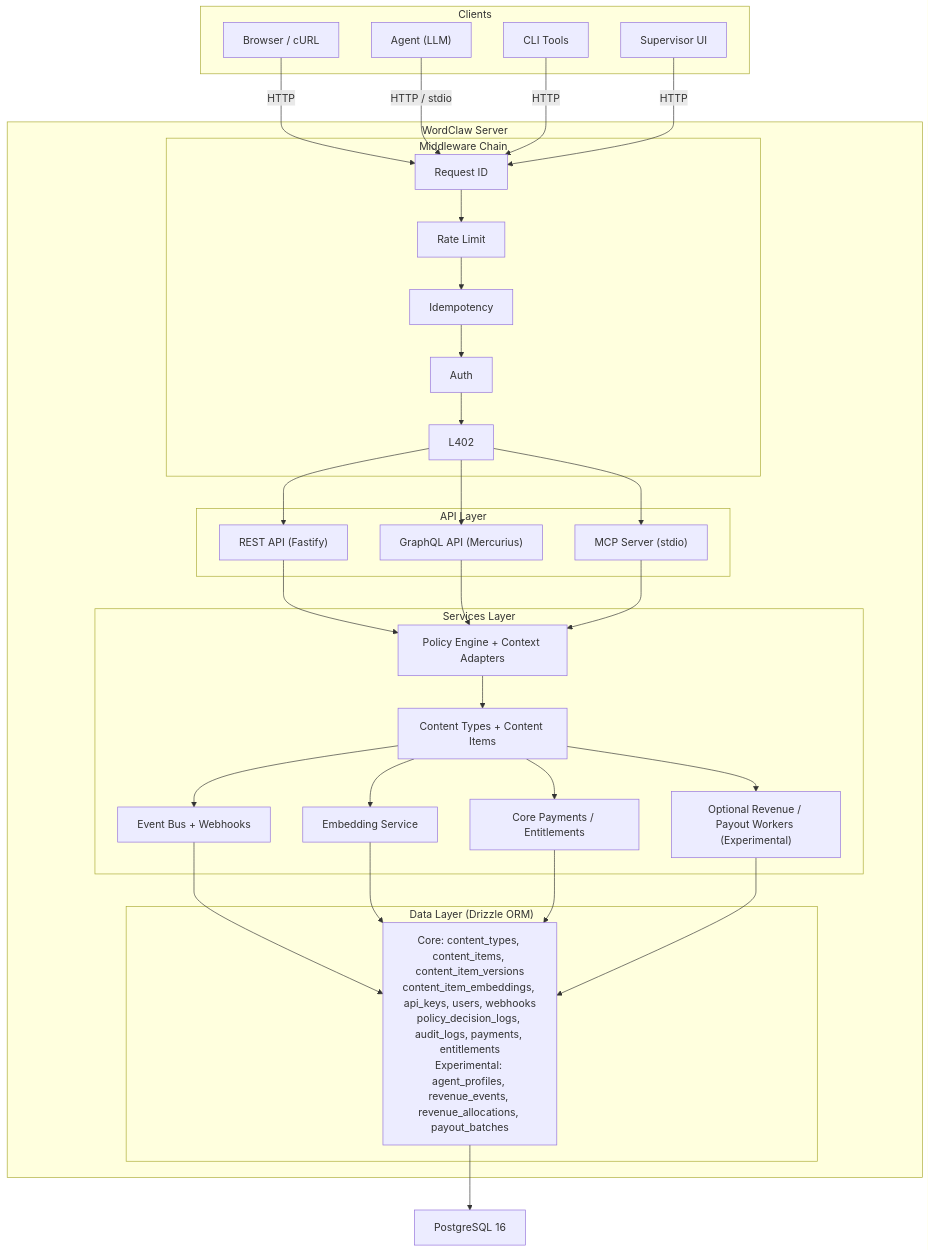
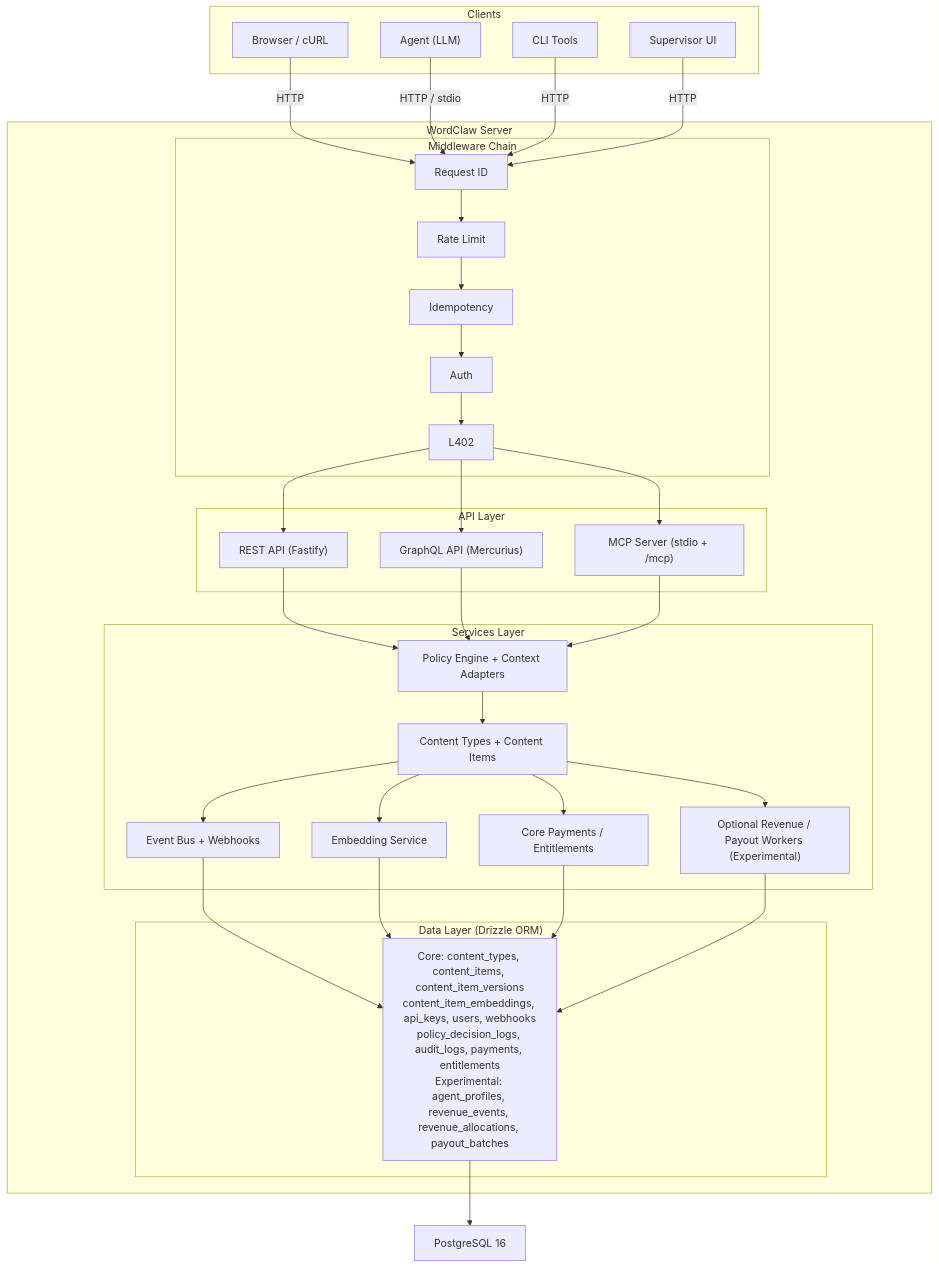
Before and after one commit to dligthart/wordclaw: the first of 3 diagrams in doc/reference/architecture.md, drawn with Mermaid. The commit also changed other lines of this file and 11 other files, not shown here.

````diff
--- a/doc/reference/architecture.md
+++ b/doc/reference/architecture.md
@@ -7,56 +7,56 @@
 ```mermaid
 flowchart TB
   subgraph Clients
     Browser["Browser / cURL"]
     Agent["Agent (LLM)"]
     CLI["CLI Tools"]
     Supervisor["Supervisor UI"]
   end
 
   subgraph WordClaw["WordClaw Server"]
     subgraph Middleware["Middleware Chain"]
       RequestId["Request ID"] --> RateLimit["Rate Limit"] --> Idempotency["Idempotency"] --> Auth["Auth"] --> L402["L402"]
     end
 
     subgraph APIs["API Layer"]
       REST["REST API (Fastify)"]
       GraphQL["GraphQL API (Mercurius)"]
-      MCP["MCP Server (stdio)"]
+      MCP["MCP Server (stdio + /mcp)"]
     end
 
     subgraph Services["Services Layer"]
       Policy["Policy Engine + Context Adapters"]
       Content["Content Types + Content Items"]
       Events["Event Bus + Webhooks"]
       Embeddings["Embedding Service"]
       Payments["Core Payments / Entitlements"]
       Revenue["Optional Revenue / Payout Workers (Experimental)"]
     end
 
     subgraph Data["Data Layer (Drizzle ORM)"]
       Tables["Core: content_types, content_items, content_item_versions<br/>content_item_embeddings, api_keys, users, webhooks<br/>policy_decision_logs, audit_logs, payments, entitlements<br/>Experimental: agent_profiles, revenue_events, revenue_allocations, payout_batches"]
     end
 
     L402 --> REST
     L402 --> GraphQL
     L402 --> MCP
     REST --> Policy
     GraphQL --> Policy
     MCP --> Policy
     Policy --> Content
     Content --> Events
     Content --> Embeddings
     Content --> Payments
     Content --> Revenue
     Events --> Tables
     Embeddings --> Tables
     Payments --> Tables
     Revenue --> Tables
   end
 
   Browser -->|HTTP| RequestId
   Agent -->|HTTP / stdio| RequestId
   CLI -->|HTTP| RequestId
   Supervisor -->|HTTP| RequestId
   Tables --> Postgres["PostgreSQL 16"]
 ```
````
